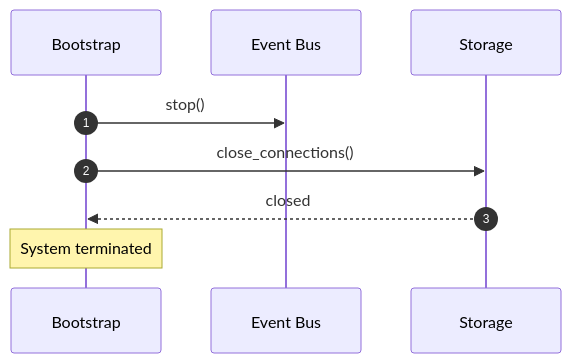
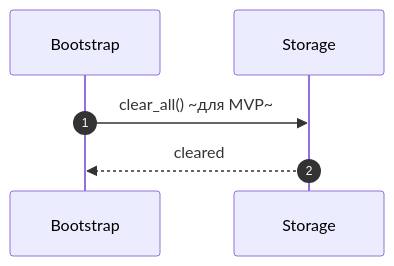
Diagram 15 of 15 in 00_docs/architecture/runtime_architecture.md (Dieugene/team-assistant), drawn with Mermaid before and after one commit. The commit also changed other lines of this file, not shown here.

First line of the commit message:
Update runtime architecture

````diff
--- a/00_docs/architecture/runtime_architecture.md
+++ b/00_docs/architecture/runtime_architecture.md
@@ -507,13 +582,9 @@
 ```mermaid
 sequenceDiagram
     autonumber
     participant Bootstrap as Bootstrap
-    participant EB as Event Bus
     participant Storage as Storage
 
-    Bootstrap->>EB: stop()
-    Bootstrap->>Storage: close_connections()
-    Storage-->>Bootstrap: closed
-
-    Note over Bootstrap: System terminated
+    Bootstrap->>Storage: clear_all() ~для MVP~
+    Storage-->>Bootstrap: cleared
 ```
````
